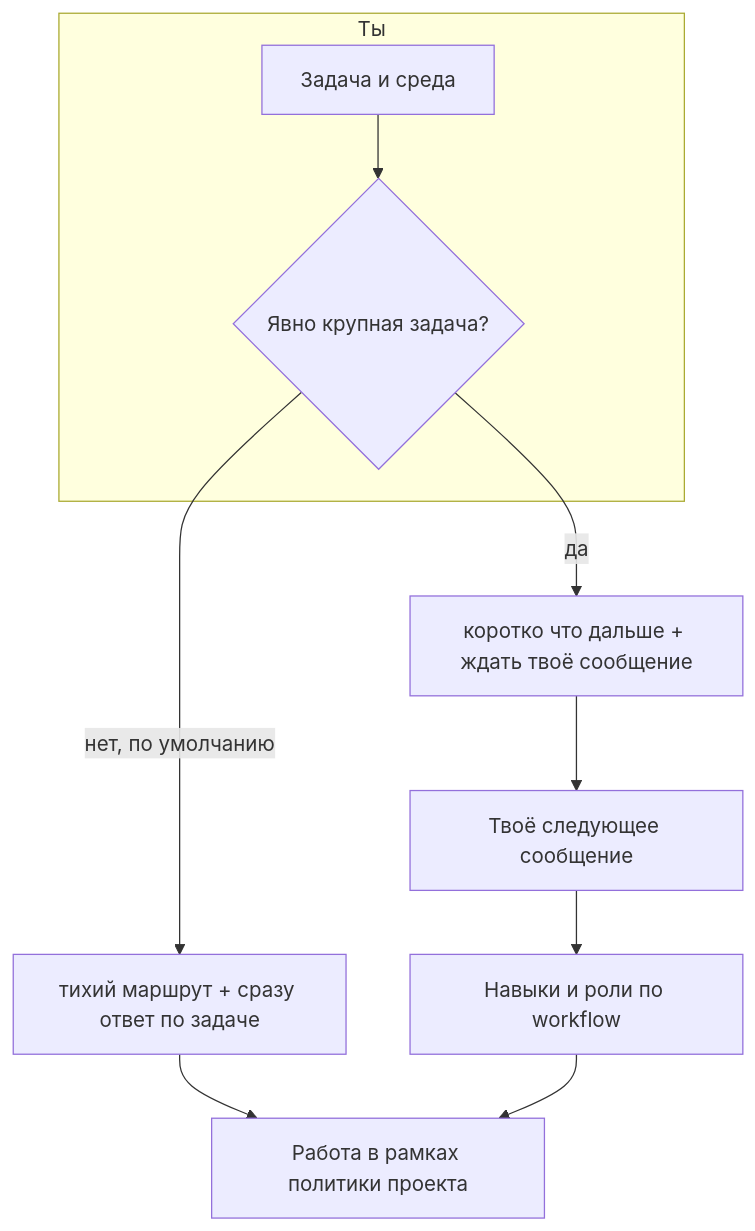
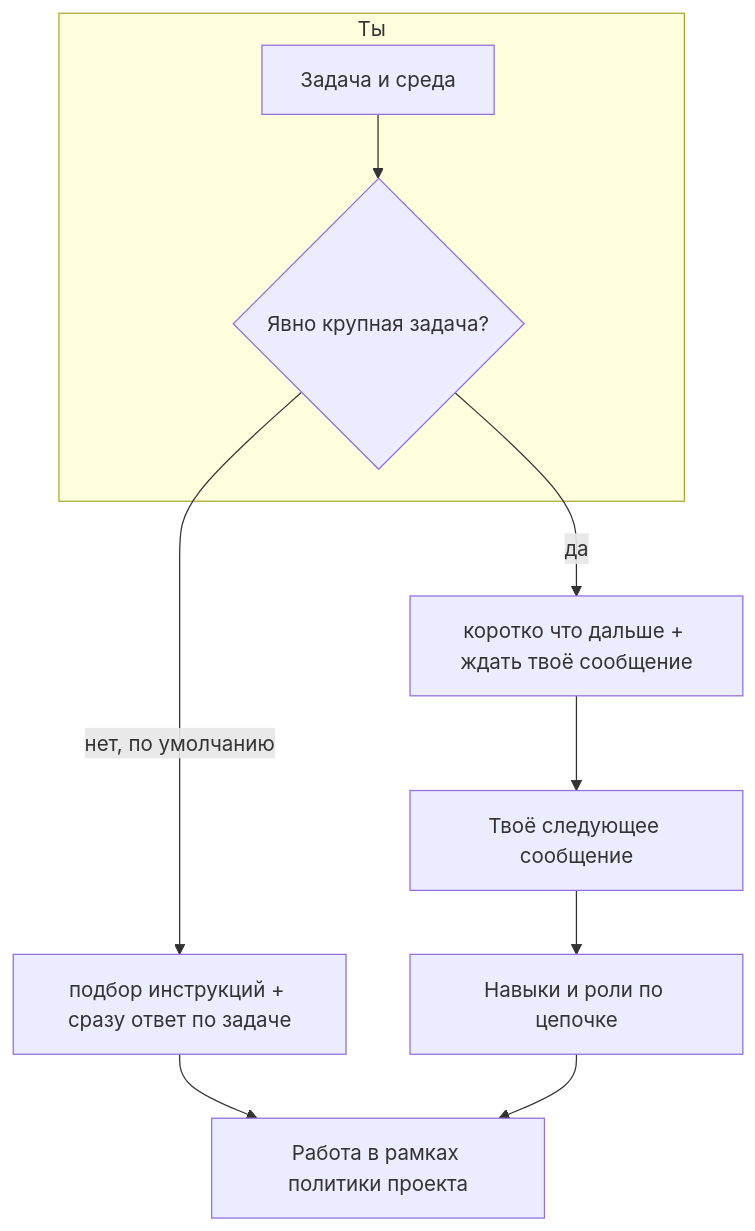
The diagram in README.md (Mempemp/Pauk_1C), drawn with Mermaid before and after one commit. The commit also changed other lines of this file, not shown here.

````diff
--- a/README.md
+++ b/README.md
@@ -23,15 +23,15 @@
 ```mermaid
 flowchart TD
   subgraph you["Ты"]
     T[Задача и среда]
     B{Явно крупная задача?}
     T --> B
   end
 
-  B -->|нет, по умолчанию| R1[тихий маршрут + сразу ответ по задаче]
+  B -->|нет, по умолчанию| R1[подбор инструкций + сразу ответ по задаче]
   B -->|да| R2[коротко что дальше + ждать твоё сообщение]
   R2 --> N[Твоё следующее сообщение]
-  N --> W[Навыки и роли по workflow]
+  N --> W[Навыки и роли по цепочке]
   R1 --> X[Работа в рамках политики проекта]
   W --> X
 ```
````
